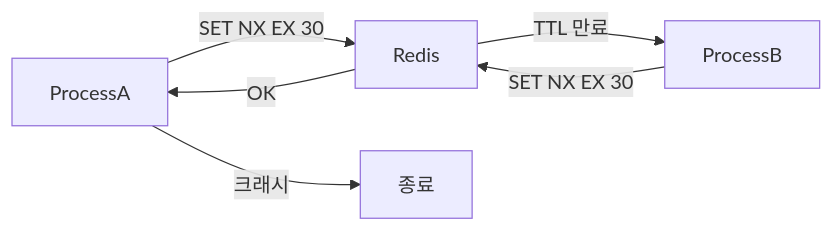
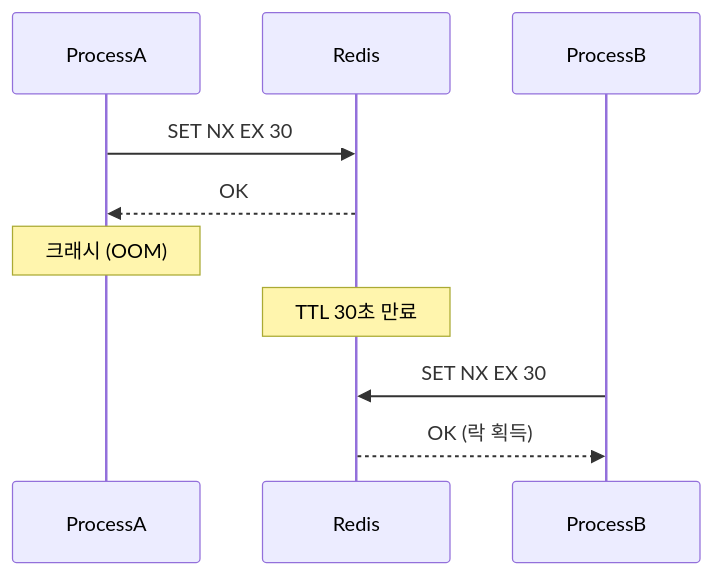
Before and after one commit to yjkim2015/yjkim2015.github.io: the ninth of 15 diagrams in _posts/redis/2026-05-01-redis-distributed-lock.md, drawn with Mermaid. The commit also changed other lines of this file, not shown here.

First line of the commit message:
Redis 분산 락 다이어그램: 복잡한 flowchart → sequenceDiagram 전환

````diff
--- a/_posts/redis/2026-05-01-redis-distributed-lock.md
+++ b/_posts/redis/2026-05-01-redis-distributed-lock.md
@@ -906,8 +911,9 @@
 ```mermaid
-graph LR
-    A["ProcessA"] -->|SET NX EX 30| R["Redis"]
-    R -->|OK| A
-    A -->|크래시| DEAD["종료"]
-    R -->|TTL 만료| B["ProcessB"]
-    B -->|SET NX EX 30| R
+sequenceDiagram
+    ProcessA->>Redis: SET NX EX 30
+    Redis-->>ProcessA: OK
+    Note over ProcessA: 크래시 (OOM)
+    Note over Redis: TTL 30초 만료
+    ProcessB->>Redis: SET NX EX 30
+    Redis-->>ProcessB: OK (락 획득)
 ```
````
